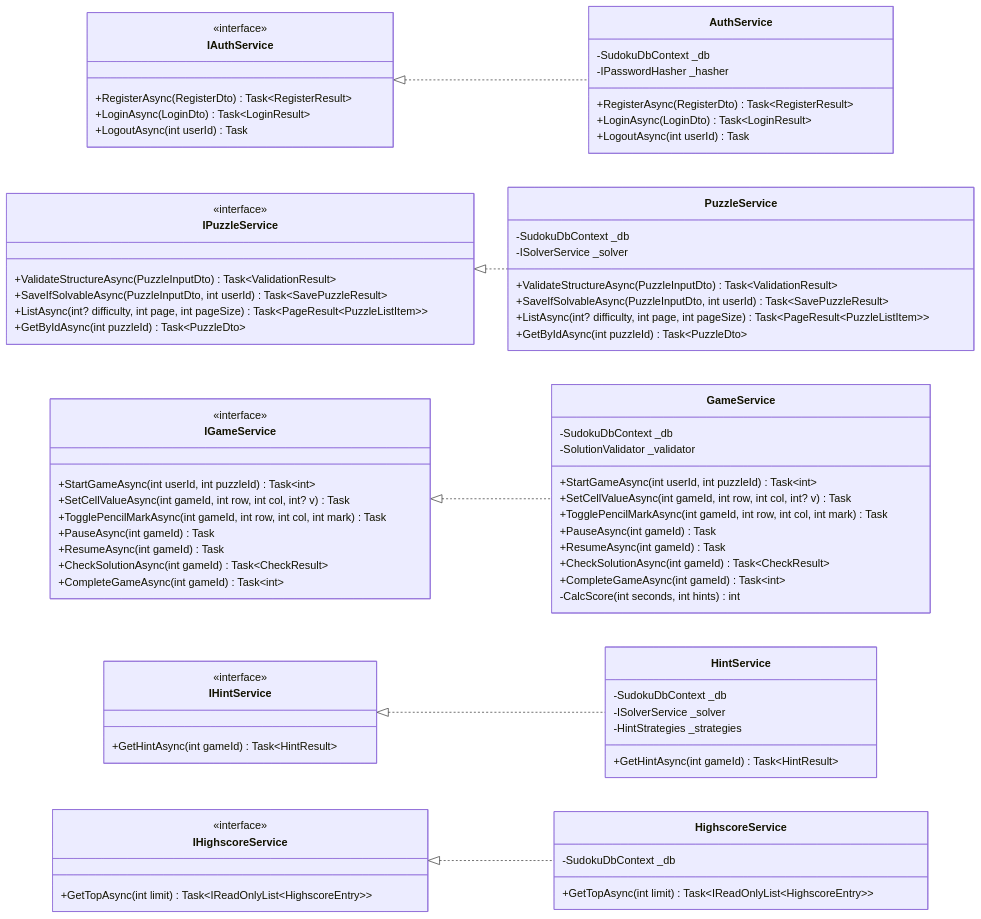
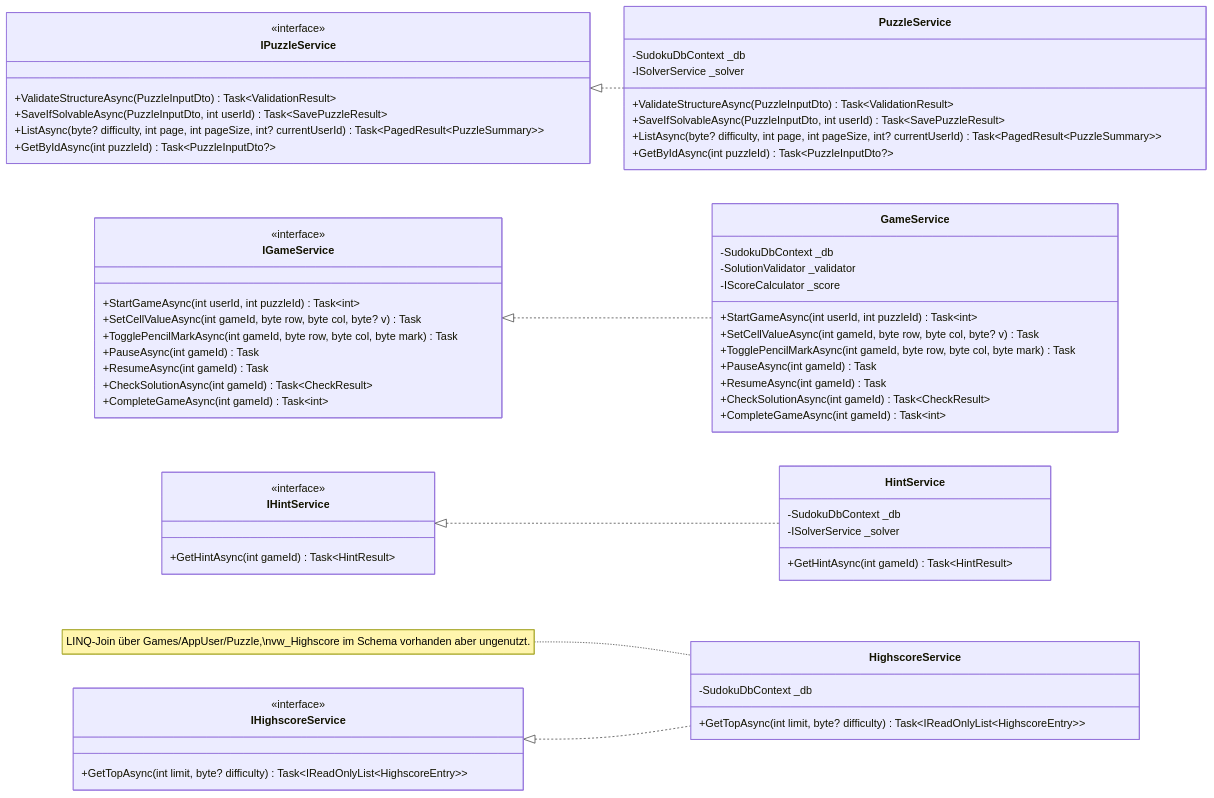
One commit to Tim-Fischer-zh/skillsbattle changed the third of 7 diagrams in docs/class-diagram.md. Above: the diagram before and after it, drawn with Mermaid. The commit also changed other lines of this file and 8 other files, not shown here.

````diff
--- a/docs/class-diagram.md
+++ b/docs/class-diagram.md
@@ -351,42 +353,28 @@
 ```mermaid
 classDiagram
     direction LR
-
-    class IAuthService {
-        <<interface>>
-        +RegisterAsync(RegisterDto) Task~RegisterResult~
-        +LoginAsync(LoginDto) Task~LoginResult~
-        +LogoutAsync(int userId) Task
-    }
-    class AuthService {
-        -SudokuDbContext _db
-        -IPasswordHasher _hasher
-        +RegisterAsync(RegisterDto) Task~RegisterResult~
-        +LoginAsync(LoginDto) Task~LoginResult~
-        +LogoutAsync(int userId) Task
-    }
 
     class IPuzzleService {
         <<interface>>
         +ValidateStructureAsync(PuzzleInputDto) Task~ValidationResult~
         +SaveIfSolvableAsync(PuzzleInputDto, int userId) Task~SavePuzzleResult~
-        +ListAsync(int? difficulty, int page, int pageSize) Task~PageResult~PuzzleListItem~~
-        +GetByIdAsync(int puzzleId) Task~PuzzleDto~
+        +ListAsync(byte? difficulty, int page, int pageSize, int? currentUserId) Task~PagedResult~PuzzleSummary~~
+        +GetByIdAsync(int puzzleId) Task~PuzzleInputDto?~
     }
     class PuzzleService {
         -SudokuDbContext _db
         -ISolverService _solver
         +ValidateStructureAsync(PuzzleInputDto) Task~ValidationResult~
         +SaveIfSolvableAsync(PuzzleInputDto, int userId) Task~SavePuzzleResult~
-        +ListAsync(int? difficulty, int page, int pageSize) Task~PageResult~PuzzleListItem~~
-        +GetByIdAsync(int puzzleId) Task~PuzzleDto~
+        +ListAsync(byte? difficulty, int page, int pageSize, int? currentUserId) Task~PagedResult~PuzzleSummary~~
+        +GetByIdAsync(int puzzleId) Task~PuzzleInputDto?~
     }
 
     class IGameService {
         <<interface>>
         +StartGameAsync(int userId, int puzzleId) Task~int~
-        +SetCellValueAsync(int gameId, int row, int col, int? v) Task
-        +TogglePencilMarkAsync(int gameId, int row, int col, int mark) Task
+        +SetCellValueAsync(int gameId, byte row, byte col, byte? v) Task
+        +TogglePencilMarkAsync(int gameId, byte row, byte col, byte mark) Task
         +PauseAsync(int gameId) Task
         +ResumeAsync(int gameId) Task
         +CheckSolutionAsync(int gameId) Task~CheckResult~
@@ -395,14 +383,14 @@
     class GameService {
         -SudokuDbContext _db
         -SolutionValidator _validator
+        -IScoreCalculator _score
         +StartGameAsync(int userId, int puzzleId) Task~int~
-        +SetCellValueAsync(int gameId, int row, int col, int? v) Task
-        +TogglePencilMarkAsync(int gameId, int row, int col, int mark) Task
+        +SetCellValueAsync(int gameId, byte row, byte col, byte? v) Task
+        +TogglePencilMarkAsync(int gameId, byte row, byte col, byte mark) Task
         +PauseAsync(int gameId) Task
         +ResumeAsync(int gameId) Task
         +CheckSolutionAsync(int gameId) Task~CheckResult~
         +CompleteGameAsync(int gameId) Task~int~
-        -CalcScore(int seconds, int hints) int
     }
 
     class IHintService {
@@ -412,20 +400,19 @@
     class HintService {
         -SudokuDbContext _db
         -ISolverService _solver
-        -HintStrategies _strategies
         +GetHintAsync(int gameId) Task~HintResult~
     }
 
     class IHighscoreService {
         <<interface>>
-        +GetTopAsync(int limit) Task~IReadOnlyList~HighscoreEntry~~
+        +GetTopAsync(int limit, byte? difficulty) Task~IReadOnlyList~HighscoreEntry~~
     }
     class HighscoreService {
         -SudokuDbContext _db
-        +GetTopAsync(int limit) Task~IReadOnlyList~HighscoreEntry~~
+        +GetTopAsync(int limit, byte? difficulty) Task~IReadOnlyList~HighscoreEntry~~
     }
+    note for HighscoreService "LINQ-Join über Games/AppUser/Puzzle,\nvw_Highscore im Schema vorhanden aber ungenutzt."
 
-    IAuthService <|.. AuthService
     IPuzzleService <|.. PuzzleService
     IGameService <|.. GameService
     IHintService <|.. HintService
````
